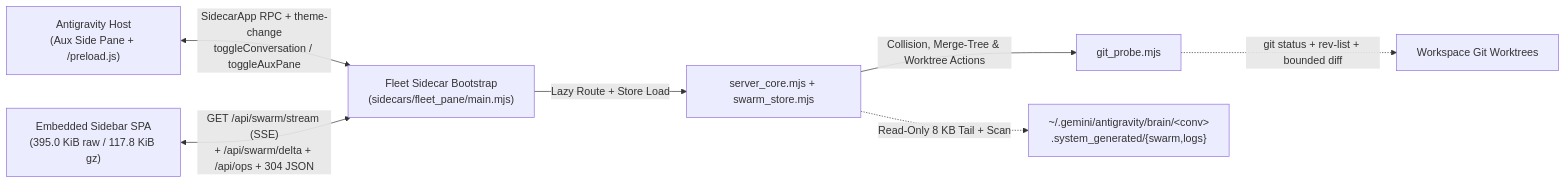
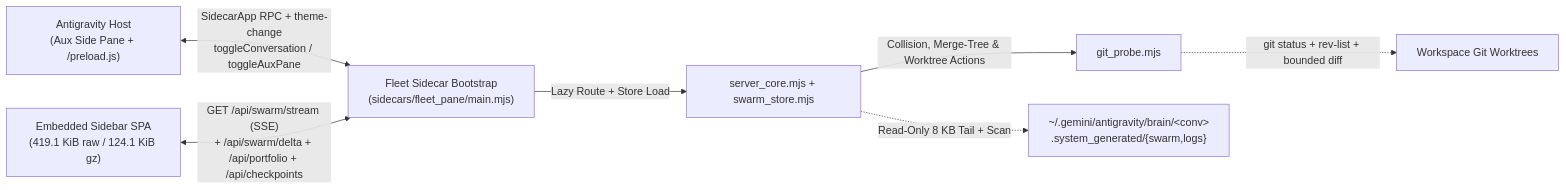
Before and after one commit to cayleb-james2008/dsh-fleet: the diagram in README.md, drawn with Mermaid. The commit also changed other lines of this file and 21 other files, not shown here.

Commit message:
chore(release): integrate Cycle 4 Wave E2 portfolio, triage state, and checkpoints and bump Fleet to v1.29.0

````diff
--- a/README.md
+++ b/README.md
@@ -127,9 +136,9 @@
 ```mermaid
 flowchart LR
     Host["Antigravity Host<br/>(Aux Side Pane + /preload.js)"] <-->|"SidecarApp RPC + theme-change<br/>toggleConversation / toggleAuxPane"| Backend["Fleet Sidecar Bootstrap<br/>(sidecars/fleet_pane/main.mjs)"]
-    UI["Embedded Sidebar SPA<br/>(395.0 KiB raw / 117.8 KiB gz)"] <-->|"GET /api/swarm/stream (SSE)<br/>+ /api/swarm/delta + /api/ops + 304 JSON"| Backend
+    UI["Embedded Sidebar SPA<br/>(419.1 KiB raw / 124.1 KiB gz)"] <-->|"GET /api/swarm/stream (SSE)<br/>+ /api/swarm/delta + /api/portfolio + /api/checkpoints"| Backend
     Backend -->|"Lazy Route + Store Load"| Core["server_core.mjs + swarm_store.mjs"]
     Core -->|"Collision, Merge-Tree & Worktree Actions"| Git["git_probe.mjs"]
     Core -.->|"Read-Only 8 KB Tail + Scan"| Brain["~/.gemini/antigravity/brain/&lt;conv&gt;<br/>.system_generated/{swarm,logs}"]
     Git -.->|"git status + rev-list + bounded diff"| WT["Workspace Git Worktrees"]
 ```
````
